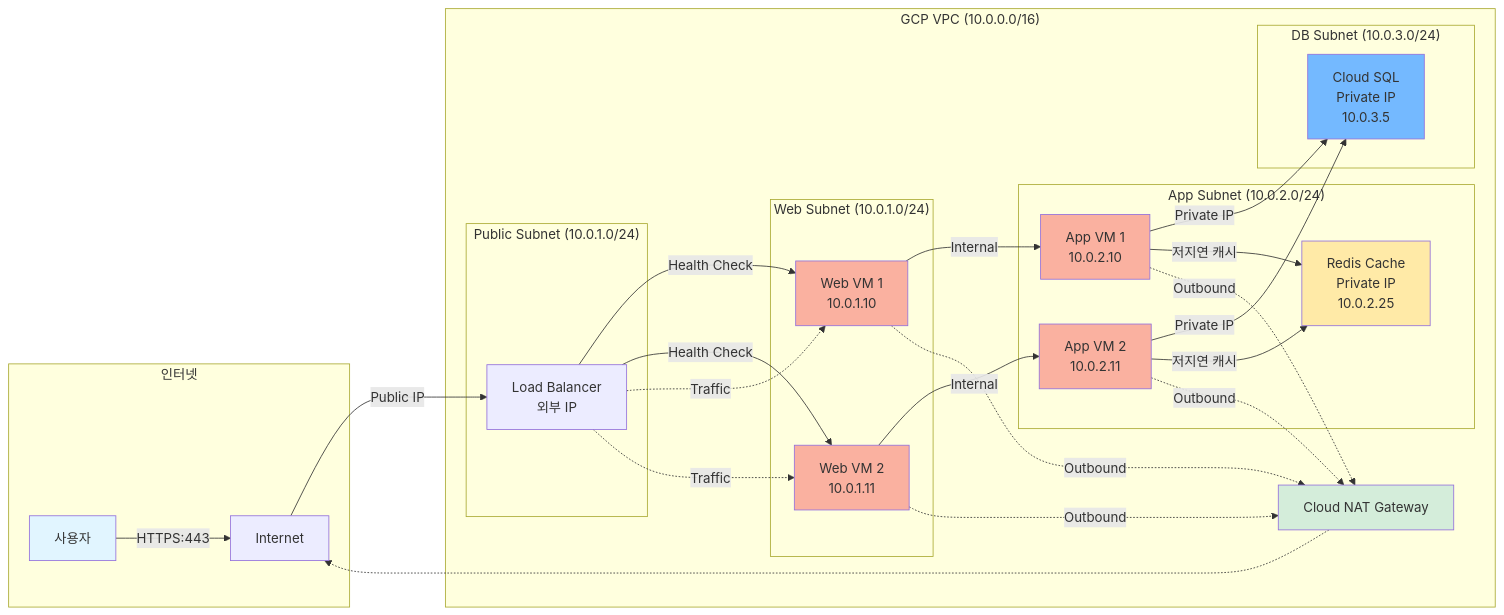
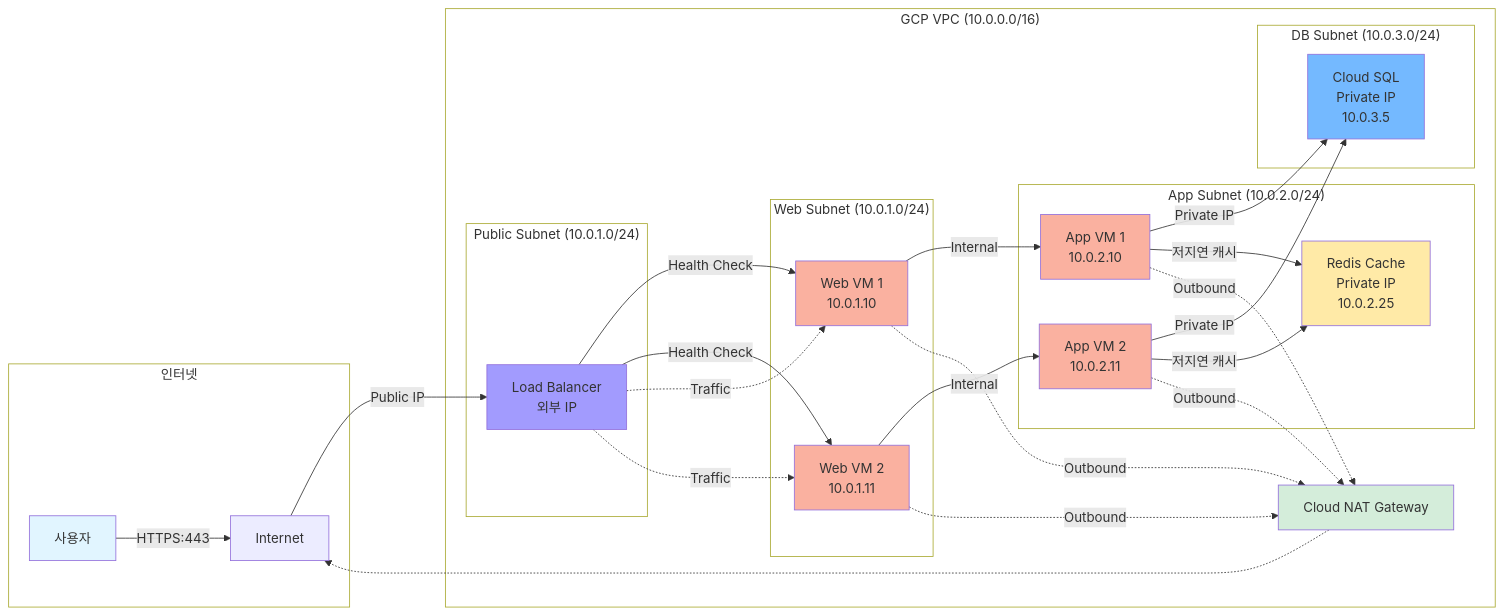
Before and after one commit to JSJ2337/GCP_terraform_code: the sixth of 9 diagrams in terraform_gcp_infra/docs/architecture/diagrams.md, drawn with Mermaid. The commit also changed other lines of this file and 4 other files, not shown here.

First line of the commit message:
fix: Mermaid style 라인 분리로 텍스트 겹침 문제 해결

````diff
--- a/terraform_gcp_infra/docs/architecture/diagrams.md
+++ b/terraform_gcp_infra/docs/architecture/diagrams.md
@@ -368,62 +383,68 @@
 ```mermaid
 %%{init: {'theme': 'default'}}%%
 graph LR
     subgraph Internet_Zone["인터넷"]
         USER[사용자]
         INTERNET[Internet]
     end
 
     subgraph GCP_VPC["GCP VPC (10.0.0.0/16)"]
         subgraph Public_Subnet["Public Subnet (10.0.1.0/24)"]
             LB[Load Balancer<br/>외부 IP]
         end
 
         subgraph Web_Subnet["Web Subnet (10.0.1.0/24)"]
             WEB1[Web VM 1<br/>10.0.1.10]
             WEB2[Web VM 2<br/>10.0.1.11]
         end
 
         subgraph App_Subnet["App Subnet (10.0.2.0/24)"]
             APP1[App VM 1<br/>10.0.2.10]
             APP2[App VM 2<br/>10.0.2.11]
             CACHE[Redis Cache<br/>Private IP<br/>10.0.2.25]
         end
 
         subgraph DB_Subnet["DB Subnet (10.0.3.0/24)"]
             DB[Cloud SQL<br/>Private IP<br/>10.0.3.5]
         end
 
         NAT_GW[Cloud NAT Gateway]
     end
 
     USER -->|HTTPS:443| INTERNET
     INTERNET -->|Public IP| LB
     LB -->|Health Check| WEB1
     LB -->|Health Check| WEB2
     LB -.Traffic.-> WEB1
     LB -.Traffic.-> WEB2
 
     WEB1 -->|Internal| APP1
     WEB2 -->|Internal| APP2
 
     APP1 -->|Private IP| DB
     APP2 -->|Private IP| DB
     APP1 -->|저지연 캐시| CACHE
     APP2 -->|저지연 캐시| CACHE
 
     WEB1 -.Outbound.-> NAT_GW
     WEB2 -.Outbound.-> NAT_GW
     APP1 -.Outbound.-> NAT_GW
     APP2 -.Outbound.-> NAT_GW
     NAT_GW -.-> INTERNET
 
-    style Internet_Zone fill:#ffffff    style GCP_VPC fill:#ffffff    style Public_Subnet fill:#ffffff    style Web_Subnet fill:#ffffff    style App_Subnet fill:#ffffff    style DB_Subnet fill:#ffffff    style LB fill:#a29bfe
+    style Internet_Zone fill:#ffffff
+    style GCP_VPC fill:#ffffff
+    style Public_Subnet fill:#ffffff
+    style Web_Subnet fill:#ffffff
+    style App_Subnet fill:#ffffff
+    style DB_Subnet fill:#ffffff
+    style LB fill:#a29bfe
     style WEB1 fill:#fab1a0
     style WEB2 fill:#fab1a0
     style APP1 fill:#fab1a0
     style APP2 fill:#fab1a0
     style CACHE fill:#ffeaa7
     style DB fill:#74b9ff
     style NAT_GW fill:#d4edda
     style USER fill:#e1f5ff
 ```
````
